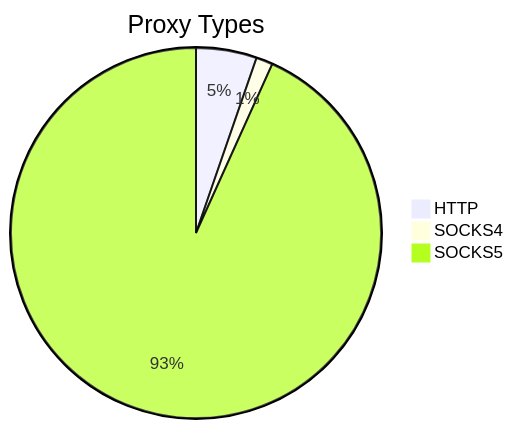
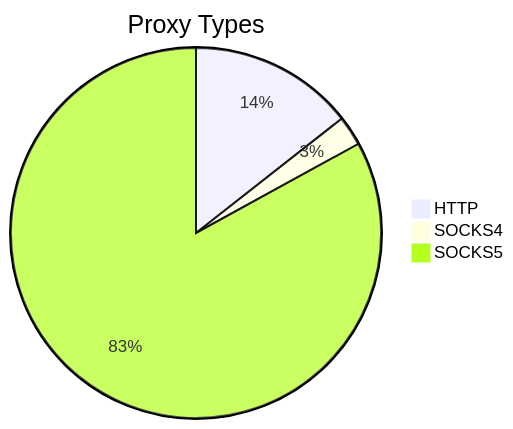
Before and after one commit to stormsia/proxy-list: the first of 2 diagrams in README.md, drawn with Mermaid. The commit also changed other lines of this file, not shown here.

````diff
--- a/README.md
+++ b/README.md
@@ -21,6 +21,6 @@
 ```mermaid
 pie title Proxy Types
-    "HTTP" : 102
-    "SOCKS4" : 28
-    "SOCKS5" : 1796
+    "HTTP" : 537
+    "SOCKS4" : 97
+    "SOCKS5" : 3093
 ```
````
